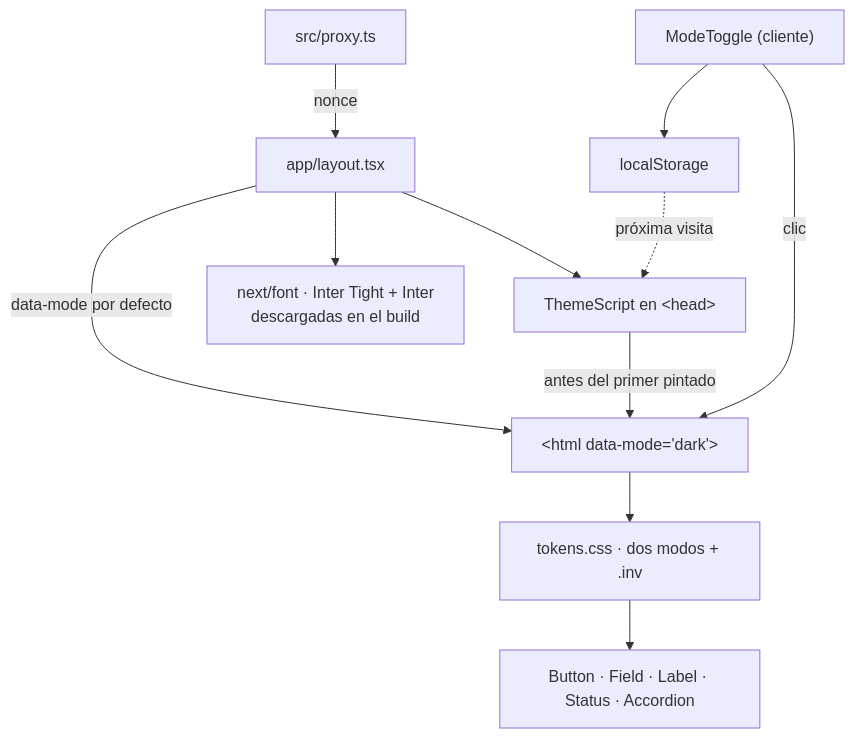
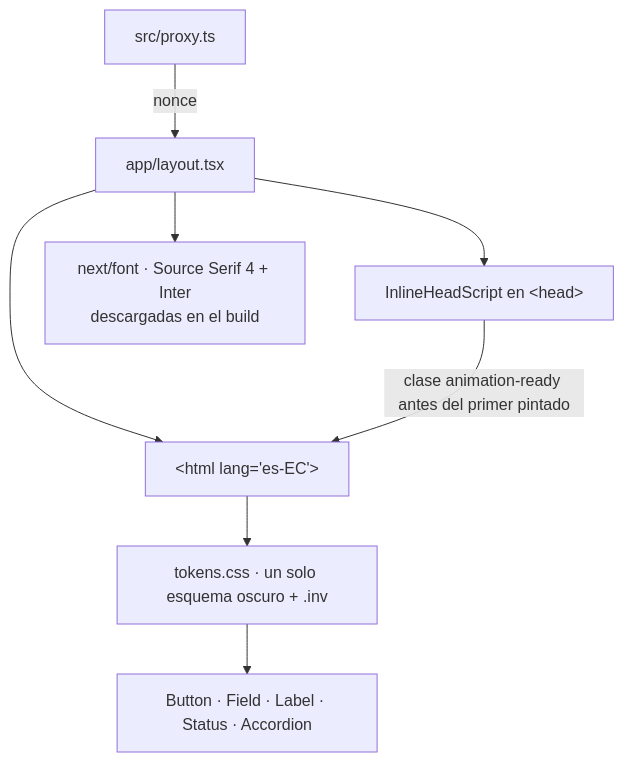
Before and after one commit to 5lander/noctis-web: the fourth of 5 diagrams in docs/sistema/FUNCIONAMIENTO.md, drawn with Mermaid. The commit also changed 128 other files, not shown here.

````diff
--- a/docs/sistema/FUNCIONAMIENTO.md
+++ b/docs/sistema/FUNCIONAMIENTO.md
@@ -73,13 +73,10 @@
 ```mermaid
 flowchart TD
   PX["src/proxy.ts"] -->|nonce| LY["app/layout.tsx"]
-  LY -->|data-mode por defecto| HTML["&lt;html data-mode='dark'&gt;"]
-  LY --> TS["ThemeScript en &lt;head&gt;"]
-  TS -->|antes del primer pintado| HTML
-  LY --> FONT["next/font · Inter Tight + Inter<br/>descargadas en el build"]
-  HTML --> TOK["tokens.css · dos modos + .inv"]
+  LY --> HTML["&lt;html lang='es-EC'&gt;"]
+  LY --> IS["InlineHeadScript en &lt;head&gt;"]
+  IS -->|clase animation-ready antes del primer pintado| HTML
+  LY --> FONT["next/font · Source Serif 4 + Inter<br/>descargadas en el build"]
+  HTML --> TOK["tokens.css · un solo esquema oscuro + .inv"]
   TOK --> UI["Button · Field · Label · Status · Accordion"]
-  MT["ModeToggle (cliente)"] -->|clic| HTML
-  MT --> LS["localStorage"]
-  LS -.->|próxima visita| TS
 ```
````
